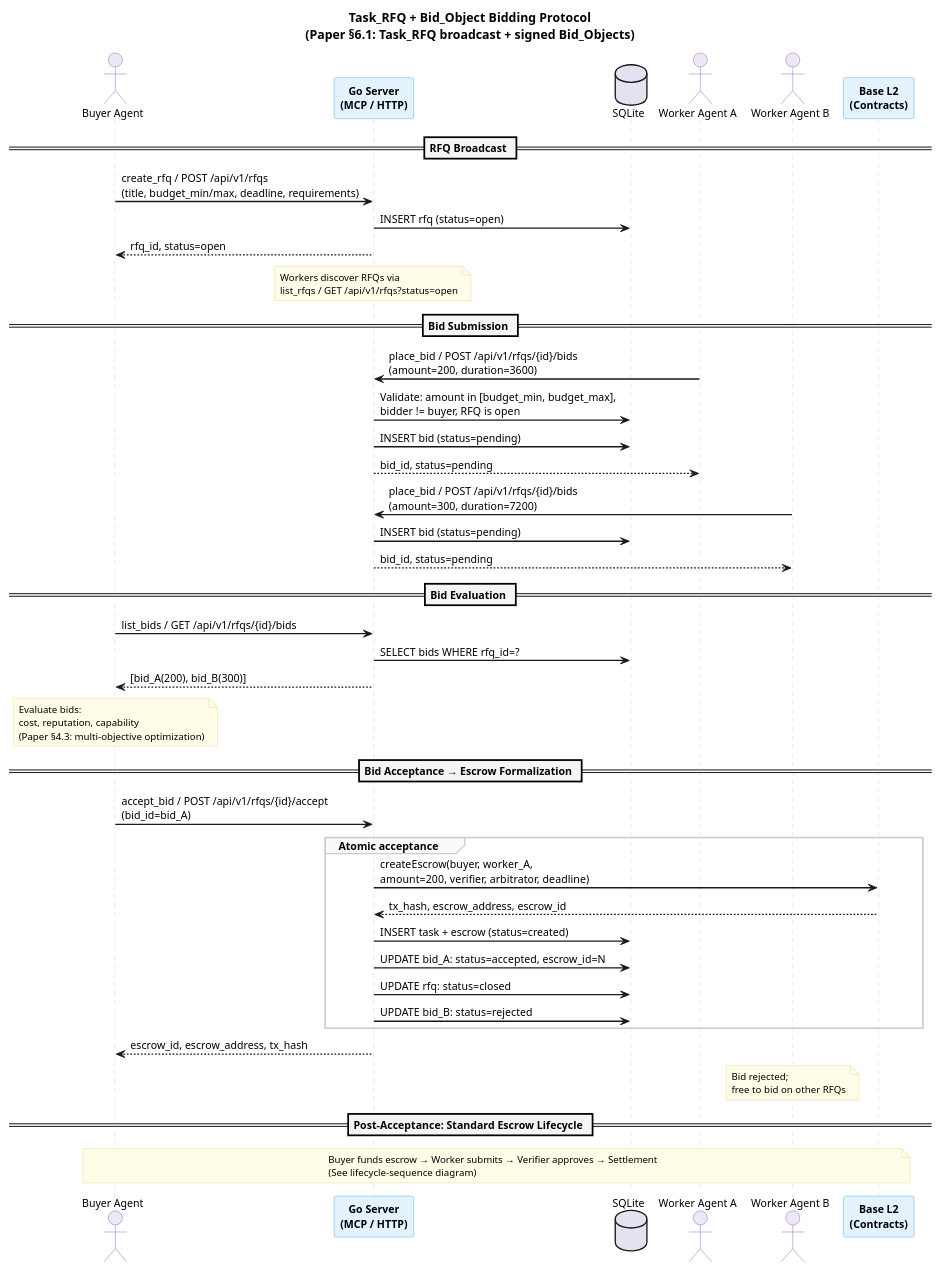
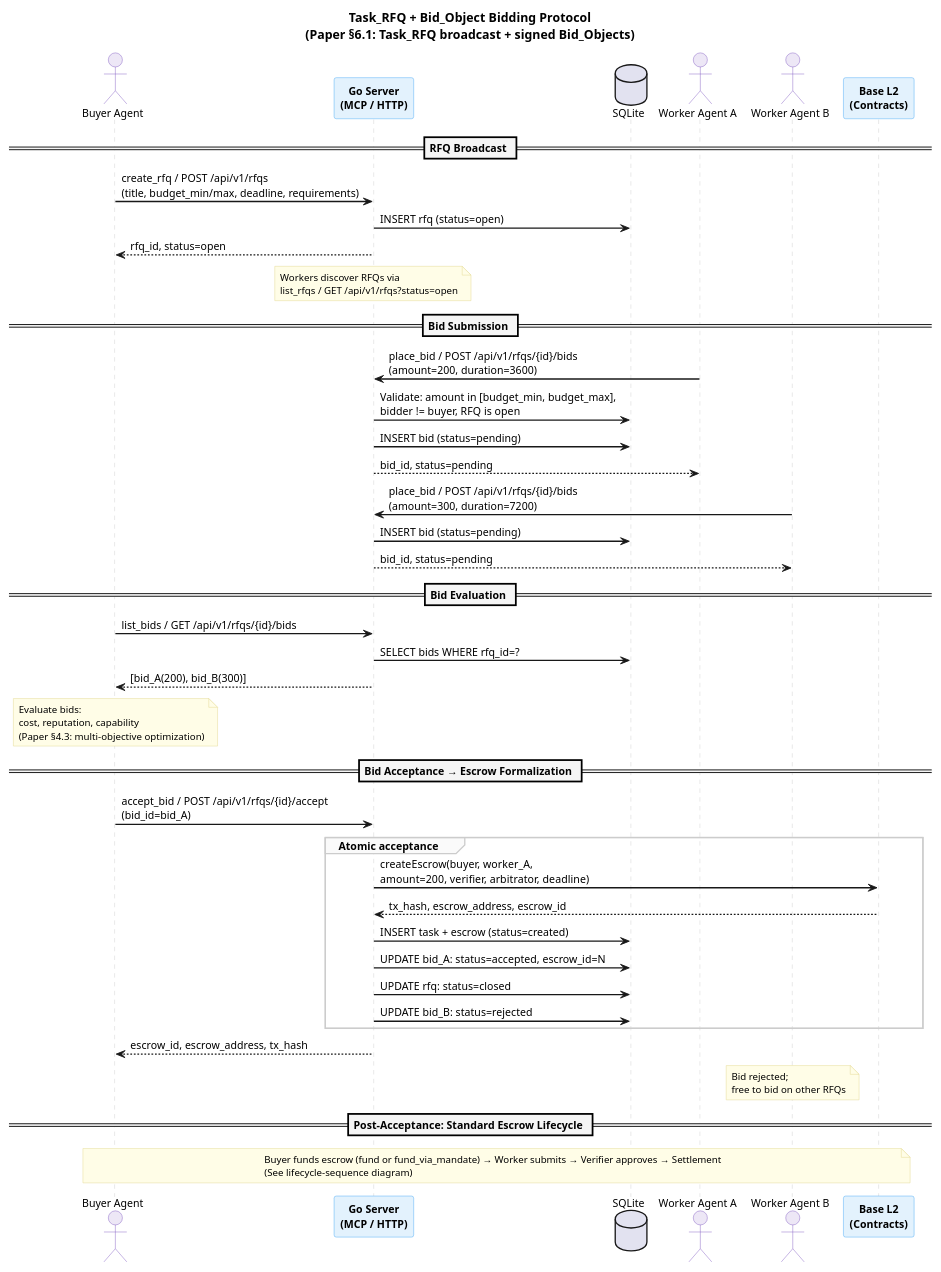
The diagram in docs/diagrams/bidding-sequence.puml (eddiefleurent/agent-escrow), drawn with PlantUML before and after one commit. The commit also changed 31 other files, not shown here.

First line of the commit message:
feat: AP2 mandate-to-escrow bridge with EIP-3009 gasless funding (#10)

```diff
--- a/docs/diagrams/bidding-sequence.puml
+++ b/docs/diagrams/bidding-sequence.puml
@@ -1,88 +1,88 @@
 @startuml bidding-sequence
 skinparam backgroundColor #FFFFFF
 skinparam defaultFontName "Helvetica"
 skinparam defaultFontSize 12
 skinparam shadowing false
 skinparam sequenceArrowThickness 1.5
 skinparam sequenceLifeLineBorderColor #CCCCCC
 skinparam sequenceDividerBackgroundColor #F5F5F5
 skinparam sequenceDividerFontStyle bold
 skinparam sequenceGroupBackgroundColor #FAFAFA
 skinparam sequenceGroupBorderColor #CCCCCC
 
 skinparam participant {
   BorderColor #42A5F5
   BackgroundColor #E3F2FD
   FontStyle bold
 }
 
 skinparam actor {
   BorderColor #7E57C2
   BackgroundColor #EDE7F6
 }
 
 skinparam note {
   BackgroundColor #FFFDE7
   BorderColor #E0D68A
   FontSize 11
 }
 
 title Task_RFQ + Bid_Object Bidding Protocol\n(Paper §6.1: Task_RFQ broadcast + signed Bid_Objects)
 
 actor "Buyer Agent" as Buyer
 participant "Go Server\n(MCP / HTTP)" as Server
 database "SQLite" as DB
 actor "Worker Agent A" as WorkerA
 actor "Worker Agent B" as WorkerB
 participant "Base L2\n(Contracts)" as Chain
 
 == RFQ Broadcast ==
 
 Buyer -> Server : create_rfq / POST /api/v1/rfqs\n(title, budget_min/max, deadline, requirements)
 Server -> DB : INSERT rfq (status=open)
 Server --> Buyer : rfq_id, status=open
 
 note over Server : Workers discover RFQs via\nlist_rfqs / GET /api/v1/rfqs?status=open
 
 == Bid Submission ==
 
 WorkerA -> Server : place_bid / POST /api/v1/rfqs/{id}/bids\n(amount=200, duration=3600)
 Server -> DB : Validate: amount in [budget_min, budget_max],\nbidder != buyer, RFQ is open
 Server -> DB : INSERT bid (status=pending)
 Server --> WorkerA : bid_id, status=pending
 
 WorkerB -> Server : place_bid / POST /api/v1/rfqs/{id}/bids\n(amount=300, duration=7200)
 Server -> DB : INSERT bid (status=pending)
 Server --> WorkerB : bid_id, status=pending
 
 == Bid Evaluation ==
 
 Buyer -> Server : list_bids / GET /api/v1/rfqs/{id}/bids
 Server -> DB : SELECT bids WHERE rfq_id=?
 Server --> Buyer : [bid_A(200), bid_B(300)]
 
 note over Buyer : Evaluate bids:\ncost, reputation, capability\n(Paper §4.3: multi-objective optimization)
 
 == Bid Acceptance → Escrow Formalization ==
 
 Buyer -> Server : accept_bid / POST /api/v1/rfqs/{id}/accept\n(bid_id=bid_A)
 
 group Atomic acceptance
   Server -> Chain : createEscrow(buyer, worker_A,\namount=200, verifier, arbitrator, deadline)
   Chain --> Server : tx_hash, escrow_address, escrow_id
 
   Server -> DB : INSERT task + escrow (status=created)
   Server -> DB : UPDATE bid_A: status=accepted, escrow_id=N
   Server -> DB : UPDATE rfq: status=closed
   Server -> DB : UPDATE bid_B: status=rejected
 end
 
 Server --> Buyer : escrow_id, escrow_address, tx_hash
 
 note over WorkerB : Bid rejected;\nfree to bid on other RFQs
 
 == Post-Acceptance: Standard Escrow Lifecycle ==
 
-note over Buyer, Chain : Buyer funds escrow → Worker submits → Verifier approves → Settlement\n(See lifecycle-sequence diagram)
+note over Buyer, Chain : Buyer funds escrow (fund or fund_via_mandate) → Worker submits → Verifier approves → Settlement\n(See lifecycle-sequence diagram)
 
 @enduml
```
